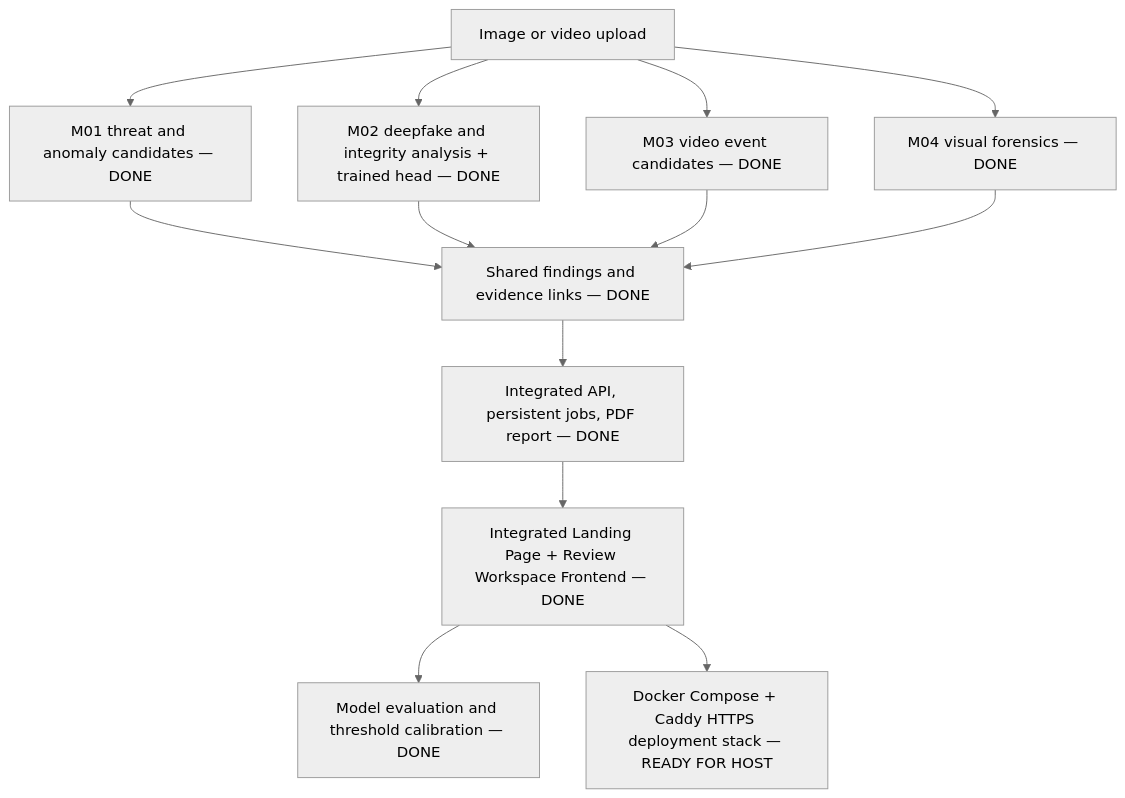
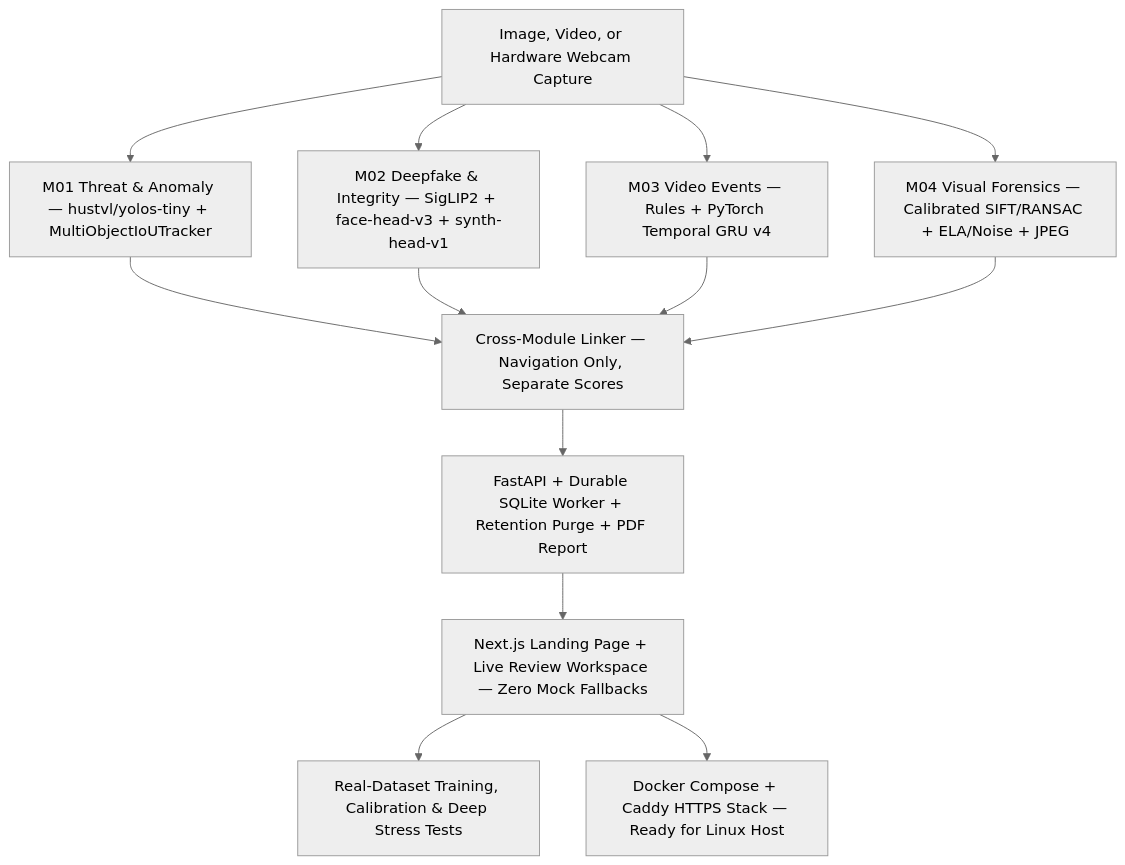
The diagram in PROJECT_STATUS.md (Raghav-prog-max/Deep-Shield), drawn with Mermaid (neutral theme) before and after one commit. The commit also changed other lines of this file and 14 other files, not shown here.

Commit message:
Enable M02 synthetic_image by default, show both M02 heads & caveats in UI, sync docs and Status PDF

````diff
--- a/PROJECT_STATUS.md
+++ b/PROJECT_STATUS.md
@@ -13,15 +13,15 @@
 ```mermaid
 flowchart TD
-    A[Image or video upload] --> B[M01 threat and anomaly candidates — DONE]
-    A --> C[M02 deepfake and integrity analysis + trained head — DONE]
-    A --> D[M03 video event candidates — DONE]
-    A --> E[M04 visual forensics — DONE]
-    B --> F[Shared findings and evidence links — DONE]
+    A[Image, Video, or Hardware Webcam Capture] --> B[M01 Threat & Anomaly — hustvl/yolos-tiny + MultiObjectIoUTracker]
+    A --> C[M02 Deepfake & Integrity — SigLIP2 + face-head-v3 + synth-head-v1]
+    A --> D[M03 Video Events — Rules + PyTorch Temporal GRU v4]
+    A --> E[M04 Visual Forensics — Calibrated SIFT/RANSAC + ELA/Noise + JPEG]
+    B --> F[Cross-Module Linker — Navigation Only, Separate Scores]
     C --> F
     D --> F
     E --> F
-    F --> G[Integrated API, persistent jobs, PDF report — DONE]
-    G --> H[Integrated Landing Page + Review Workspace Frontend — DONE]
-    H --> I[Model evaluation and threshold calibration — DONE]
-    H --> J[Docker Compose + Caddy HTTPS deployment stack — READY FOR HOST]
+    F --> G[FastAPI + Durable SQLite Worker + Retention Purge + PDF Report]
+    G --> H[Next.js Landing Page + Live Review Workspace — Zero Mock Fallbacks]
+    H --> I[Real-Dataset Training, Calibration & Deep Stress Tests]
+    H --> J[Docker Compose + Caddy HTTPS Stack — Ready for Linux Host]
 ```
````
